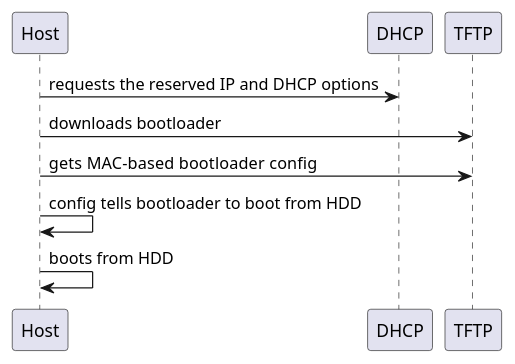
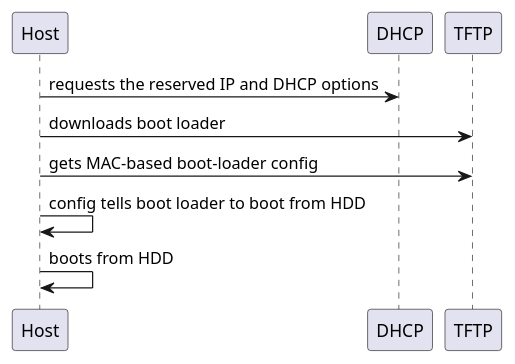
Before and after one commit to theforeman/foreman-documentation: the diagram in guides/image-sources/prov-first-local-boot-pxe.iuml, drawn with PlantUML. The commit also changed 3 other files, not shown here.

```diff
--- a/guides/image-sources/prov-first-local-boot-pxe.iuml
+++ b/guides/image-sources/prov-first-local-boot-pxe.iuml
@@ -1,5 +1,5 @@
 Host -> DHCP : requests the reserved IP and DHCP options
-Host -> TFTP : downloads bootloader
-Host -> TFTP : gets  MAC-based bootloader config
-Host -> Host : config tells bootloader to boot from HDD
+Host -> TFTP : downloads boot loader
+Host -> TFTP : gets MAC-based boot-loader config
+Host -> Host : config tells boot loader to boot from HDD
 Host -> Host : boots from HDD
```
